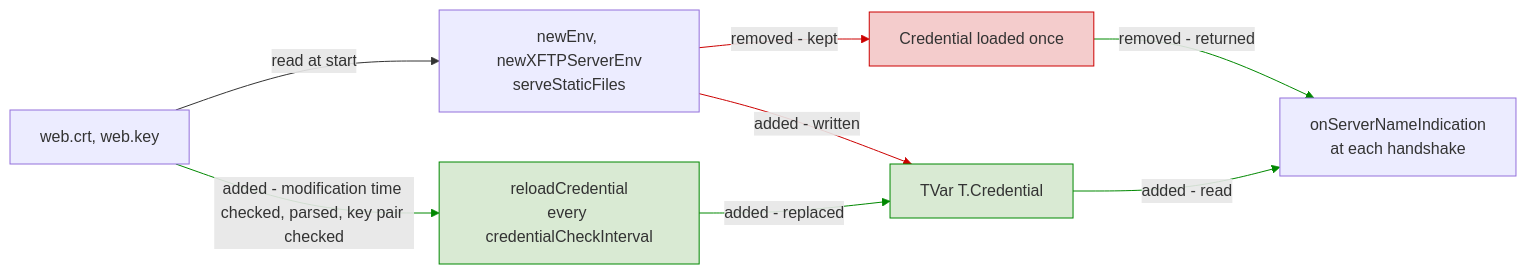
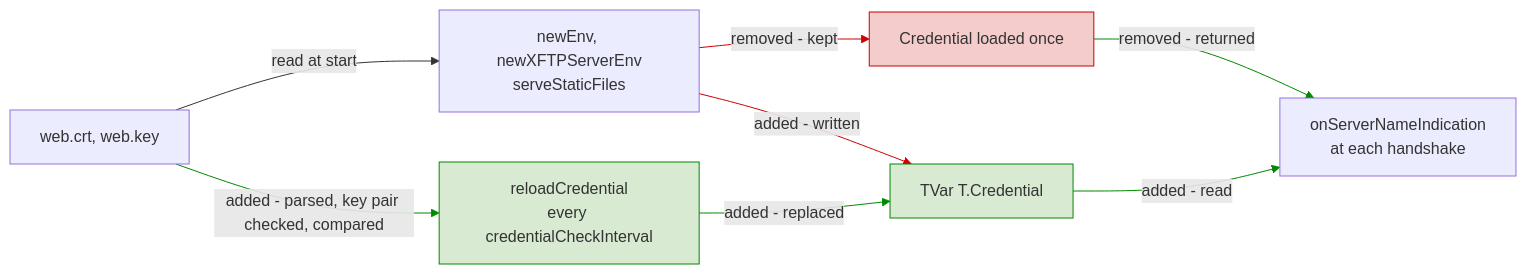
Before and after one commit to simplex-chat/simplexmq: the first of 2 diagrams in plans/2026-11-17-reload-web-certificates.md, drawn with Mermaid. The commit also changed other lines of this file, not shown here.

````diff
--- a/plans/2026-11-17-reload-web-certificates.md
+++ b/plans/2026-11-17-reload-web-certificates.md
@@ -27,22 +28,22 @@
 ```mermaid
 flowchart LR
     F[web.crt, web.key]
     E[newEnv, newXFTPServerEnv<br>serveStaticFiles]
     V[TVar T.Credential]
     R[reloadCredential<br>every credentialCheckInterval]
     H[onServerNameIndication<br>at each handshake]
     C[Credential loaded once]
     F -- "read at start" --> E
     E -- "added - written" --> V
     E -- "removed - kept" --> C
     C -- "removed - returned" --> H
-    F -- "added - modification time checked, parsed, key pair checked" --> R
+    F -- "added - parsed, key pair checked, compared" --> R
     R -- "added - replaced" --> V
     V -- "added - read" --> H
     classDef removed fill:#f4cccc,stroke:#cc0000
     classDef added fill:#d9ead3,stroke:#008800
     class C removed
     class V,R added
     linkStyle 1,2 stroke:#cc0000
     linkStyle 3,4,5,6 stroke:#008800
 ```
````
